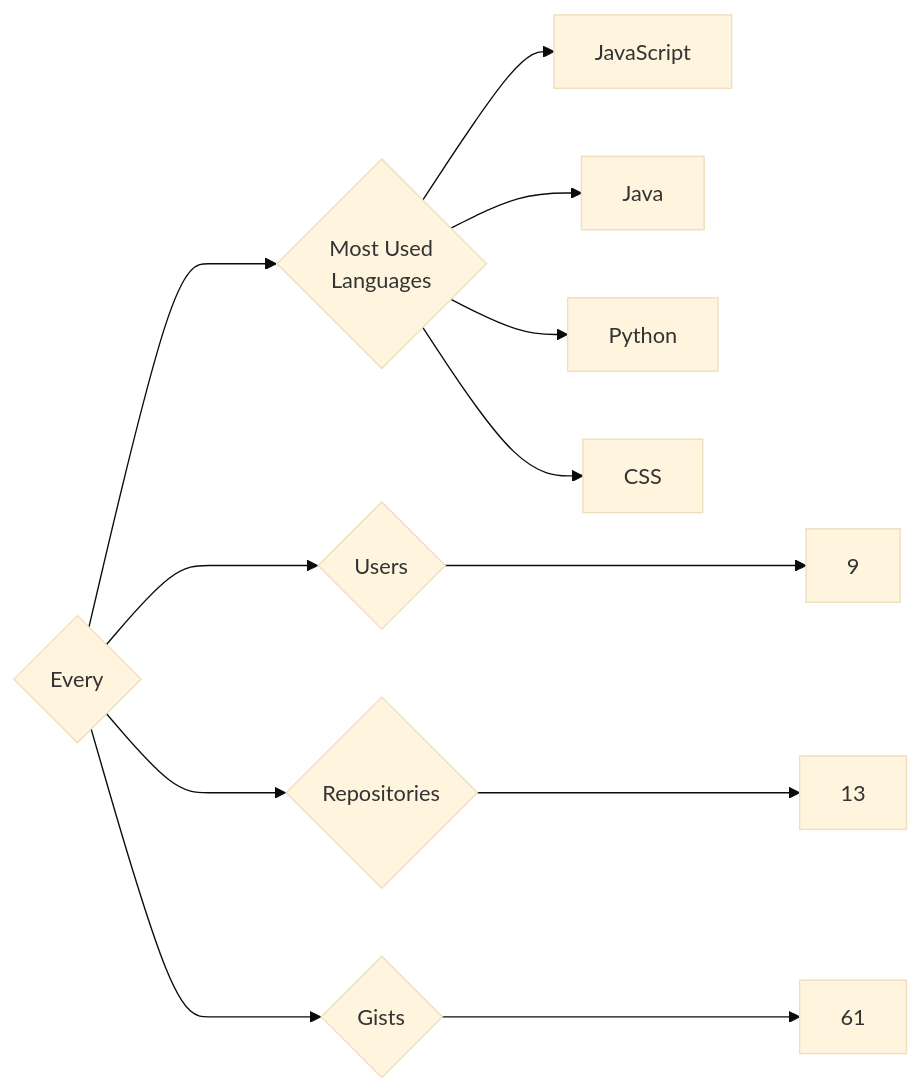
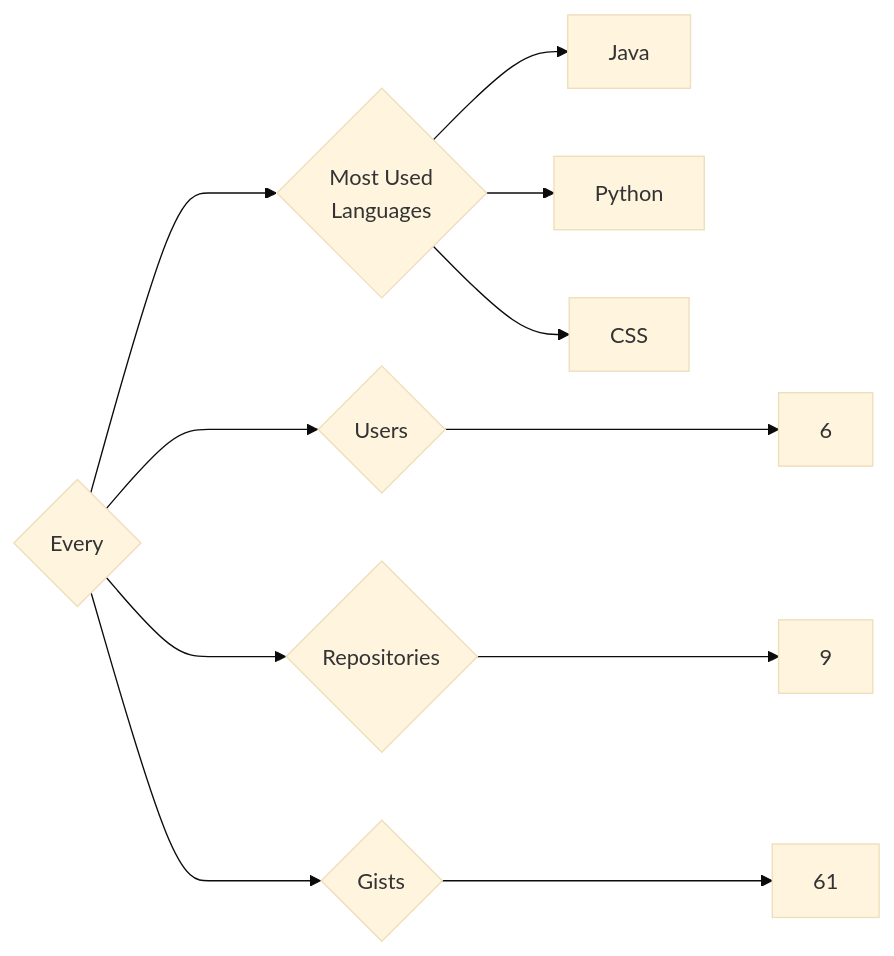
Before and after one commit to trickest/insiders: the diagram in targets/Every/README.md, drawn with Mermaid (base theme). The commit also changed 891 other files, not shown here.

````diff
--- a/targets/Every/README.md
+++ b/targets/Every/README.md
@@ -3,12 +3,11 @@
 ```mermaid
 graph LR
 COMPANY_NAME{Every}
-COMPANY_NAME ---> U{Users} ---> UN[9]
-COMPANY_NAME ---> R{Repositories} ---> RN[13]
+COMPANY_NAME ---> U{Users} ---> UN[6]
+COMPANY_NAME ---> R{Repositories} ---> RN[9]
 COMPANY_NAME ---> G{Gists} ---> GN[61]
 COMPANY_NAME ---> ML{Most Used<br>Languages}
-ML --> JavaScript[JavaScript]
 ML --> Java[Java]
 ML --> Python[Python]
 ML --> CSS[CSS]
 ```
````
